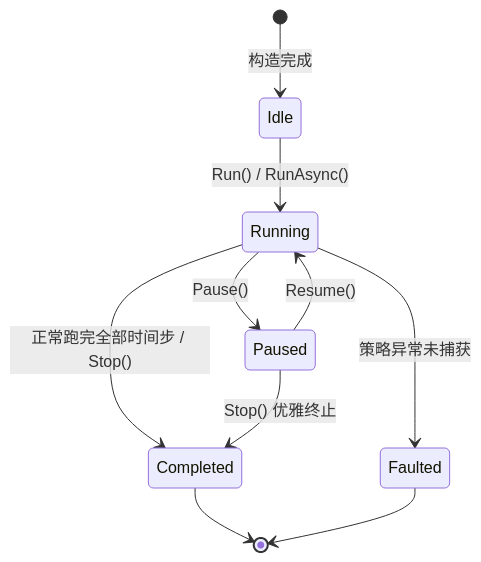
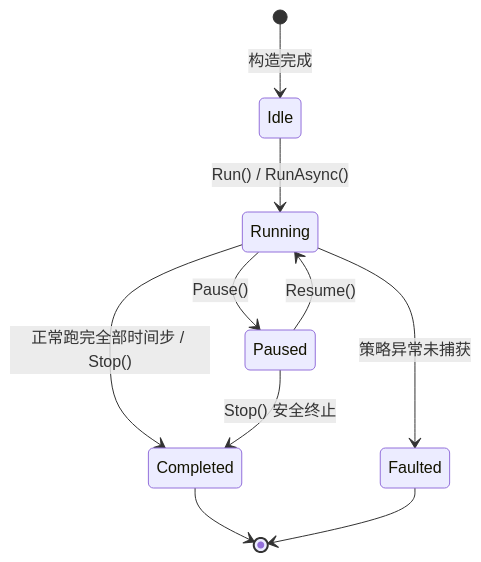
Before and after one commit to CRThu/CarrotQuant.Net: the second of 2 diagrams in docs/engine.md, drawn with Mermaid. The commit also changed other lines of this file and 26 other files, not shown here.

````diff
--- a/docs/engine.md
+++ b/docs/engine.md
@@ -63,12 +66,12 @@
 ```mermaid
 stateDiagram-v2
     [*] --> Idle: 构造完成
     Idle --> Running: Run() / RunAsync()
     Running --> Paused: Pause()
     Paused --> Running: Resume()
     Running --> Completed: 正常跑完全部时间步 / Stop()
-    Paused --> Completed: Stop() 优雅终止
+    Paused --> Completed: Stop() 安全终止
     Running --> Faulted: 策略异常未捕获
     Completed --> [*]
     Faulted --> [*]
 ```
````
